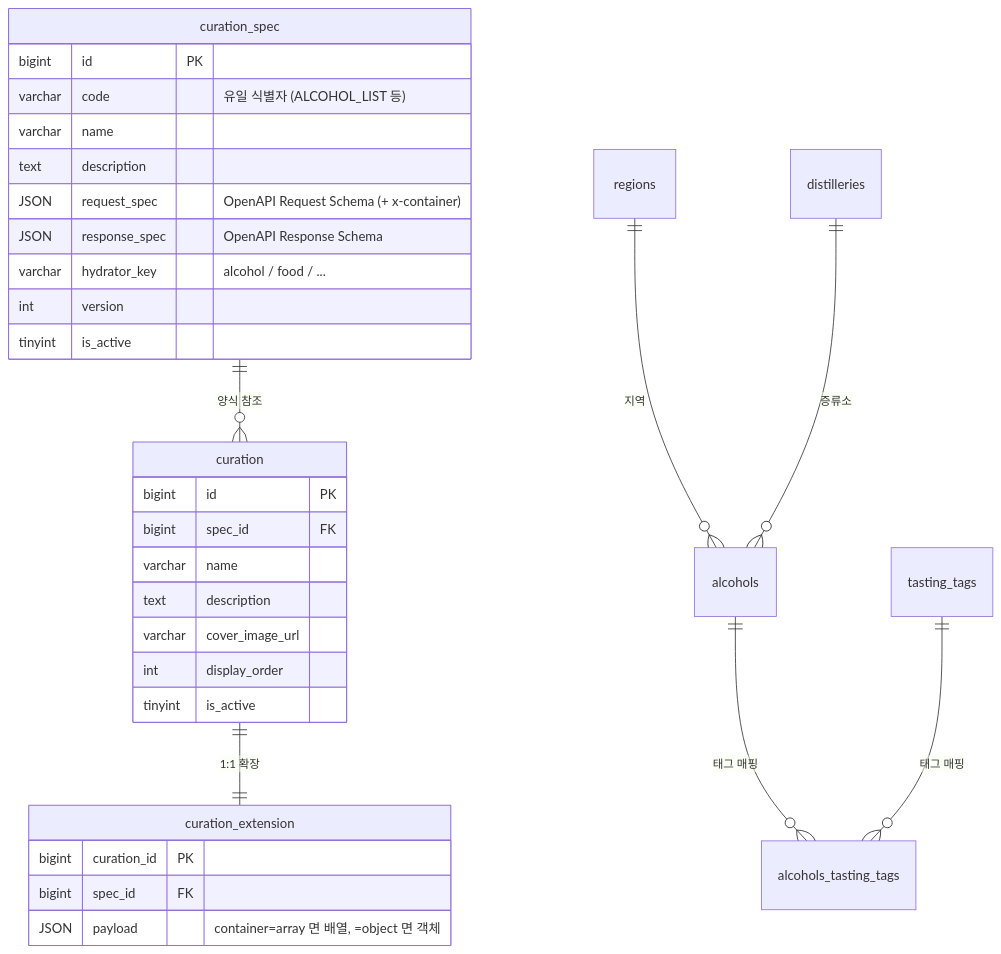
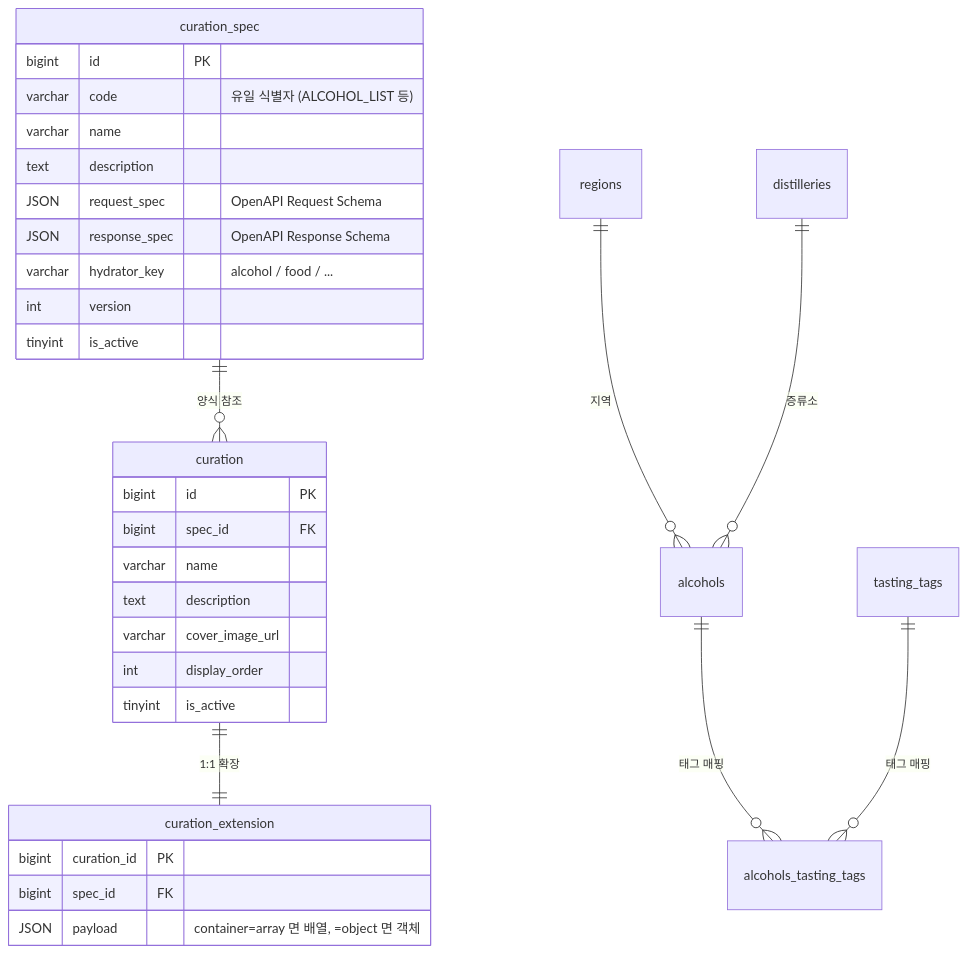
The first of 3 diagrams in README.md (Whale0928/curation-demo), drawn with Mermaid before and after one commit. The commit also changed other lines of this file and 6 other files, not shown here.

````diff
--- a/README.md
+++ b/README.md
@@ -25,35 +25,35 @@
 ```mermaid
 erDiagram
     curation_spec ||--o{ curation : "양식 참조"
     curation ||--|| curation_extension : "1:1 확장"
     alcohols ||--o{ alcohols_tasting_tags : "태그 매핑"
     tasting_tags ||--o{ alcohols_tasting_tags : "태그 매핑"
     regions ||--o{ alcohols : "지역"
     distilleries ||--o{ alcohols : "증류소"
 
     curation_spec {
         bigint id PK
         varchar code "유일 식별자 (ALCOHOL_LIST 등)"
         varchar name
         text description
-        JSON request_spec "OpenAPI Request Schema (+ x-container)"
+        JSON request_spec  "OpenAPI Request Schema"
         JSON response_spec "OpenAPI Response Schema"
         varchar hydrator_key "alcohol / food / ..."
         int version
         tinyint is_active
     }
     curation {
         bigint id PK
         bigint spec_id FK
         varchar name
         text description
         varchar cover_image_url
         int display_order
         tinyint is_active
     }
     curation_extension {
         bigint curation_id PK
         bigint spec_id FK
         JSON payload "container=array 면 배열, =object 면 객체"
     }
 ```
````
